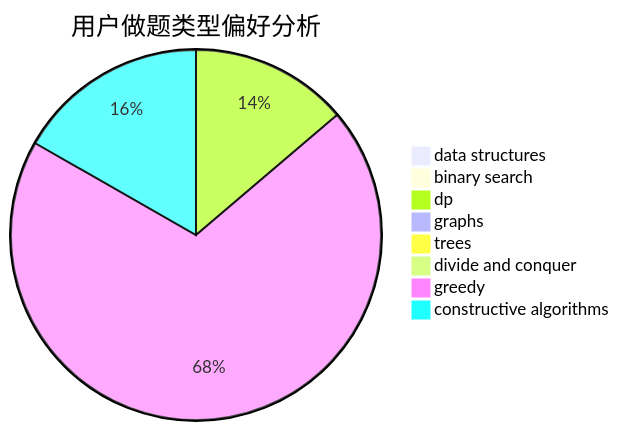
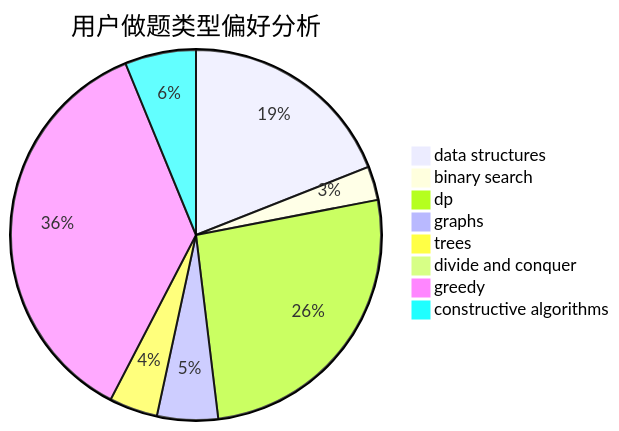
Before and after one commit to sherpahu/cfrs.github.io: the second of 3 diagrams in docs/user/u508.md, drawn with Mermaid. The commit also changed other lines of this file and 2770 other files, not shown here.

````diff
--- a/docs/user/u508.md
+++ b/docs/user/u508.md
@@ -23,11 +23,11 @@
 ```mermaid
 pie title 用户做题类型偏好分析
-    "data structures" :  0
-    "binary search" :  6
-    "dp" :  93
-    "graphs" :  5
-    "trees" :  0
-    "divide and conquer" :  0
-    "greedy" :  469
-    "constructive algorithms" :  113
+    "data structures" :  297
+    "binary search" :  46
+    "dp" :  408
+    "graphs" :  83
+    "trees" :  66
+    "divide and conquer" :  2
+    "greedy" :  565
+    "constructive algorithms" :  97
 ```
````
